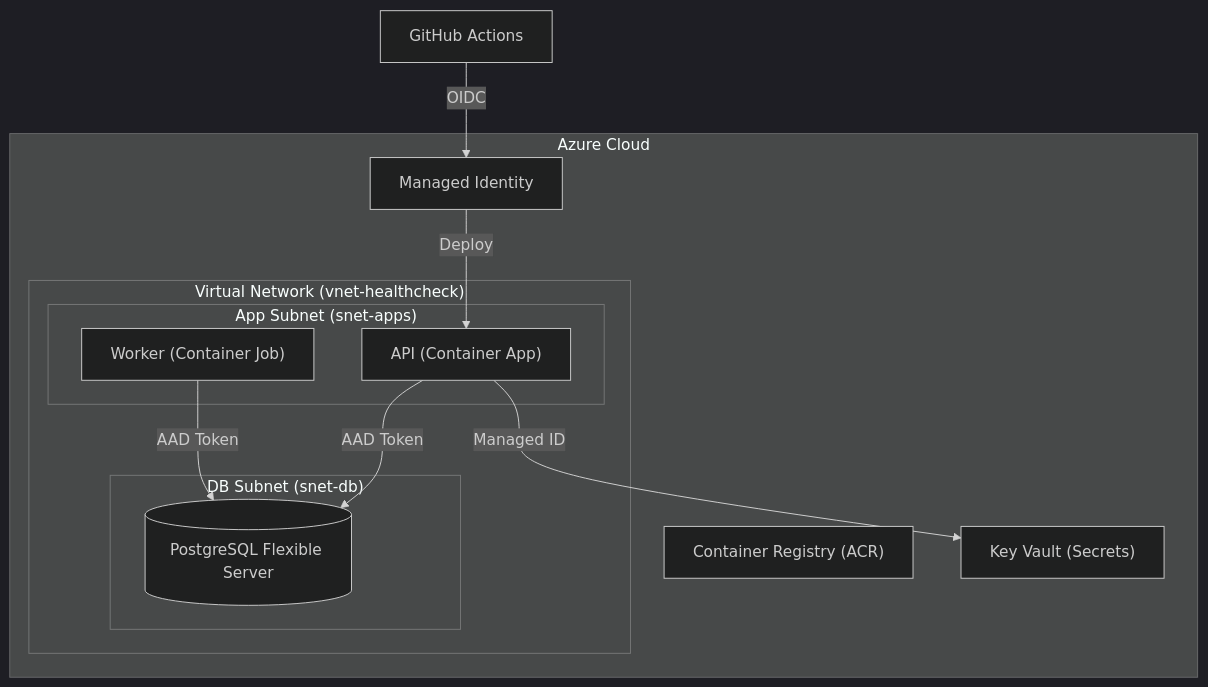
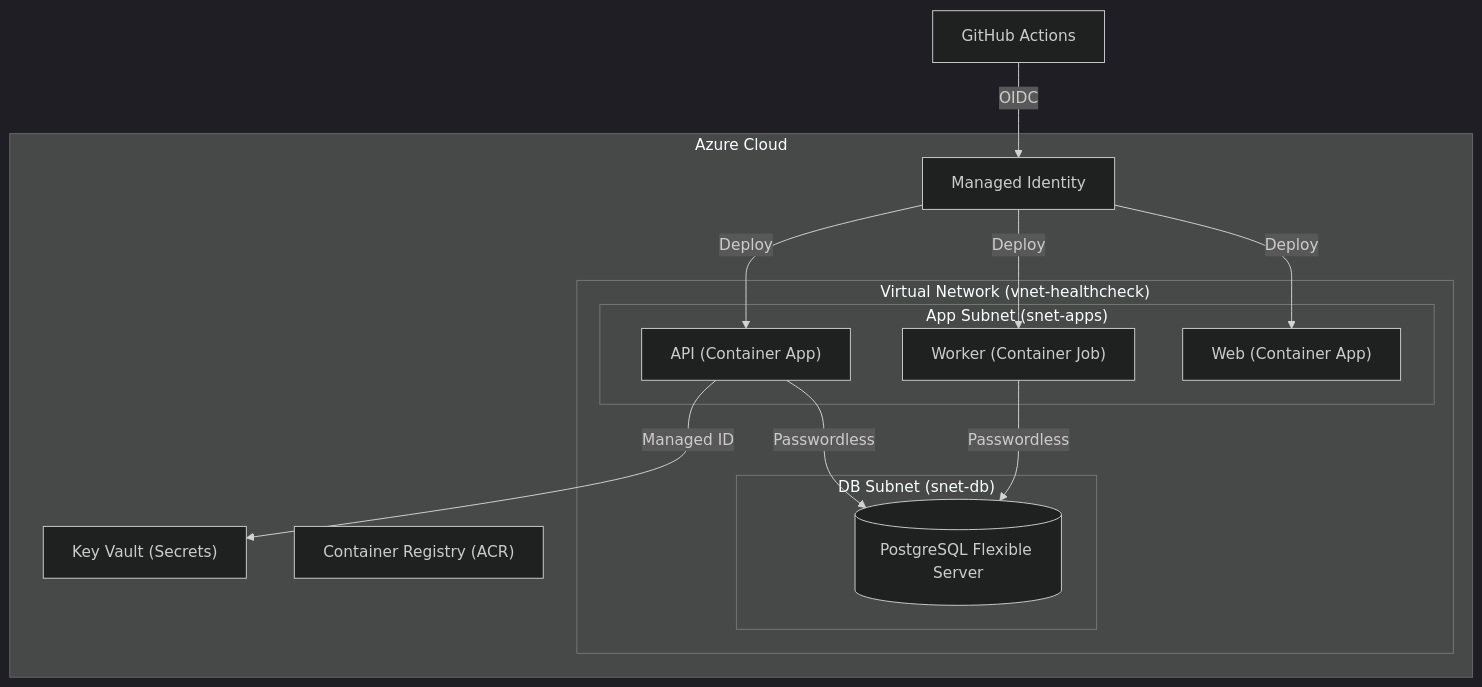
One commit to toanle88/Healthcheck changed the diagram in README.md. Above: the diagram before and after it, drawn with Mermaid (dark theme). The commit also changed other lines of this file and 3 other files, not shown here.

````diff
--- a/README.md
+++ b/README.md
@@ -47,23 +54,23 @@
 ```mermaid
 graph TD
     subgraph Azure ["Azure Cloud"]
         subgraph VNet ["Virtual Network (vnet-healthcheck)"]
             subgraph AppSubnet ["App Subnet (snet-apps)"]
                 API["API (Container App)"]
                 Worker["Worker (Container Job)"]
+                Web["Web (Container App)"]
             end
             subgraph DBSubnet ["DB Subnet (snet-db)"]
                 DB[("PostgreSQL Flexible Server")]
             end
         end
         ACR["Container Registry (ACR)"]
         KV["Key Vault (Secrets)"]
         ID["Managed Identity"]
     end
 
     GitHub["GitHub Actions"] -- OIDC --> ID
-    ID -- Deploy --> API
-    API -- AAD Token --> DB
-    Worker -- AAD Token --> DB
+    ID -- Deploy --> API & Worker & Web
     API -- Managed ID --> KV
+    API & Worker -- Passwordless --> DB
 ```
````
